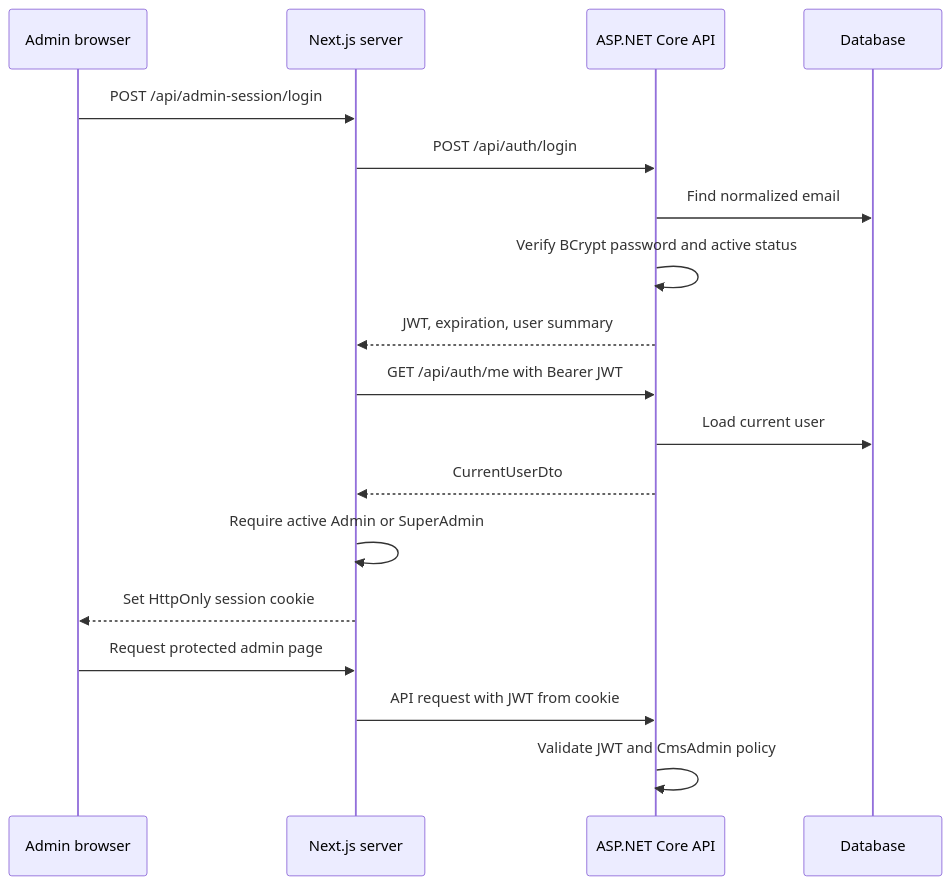
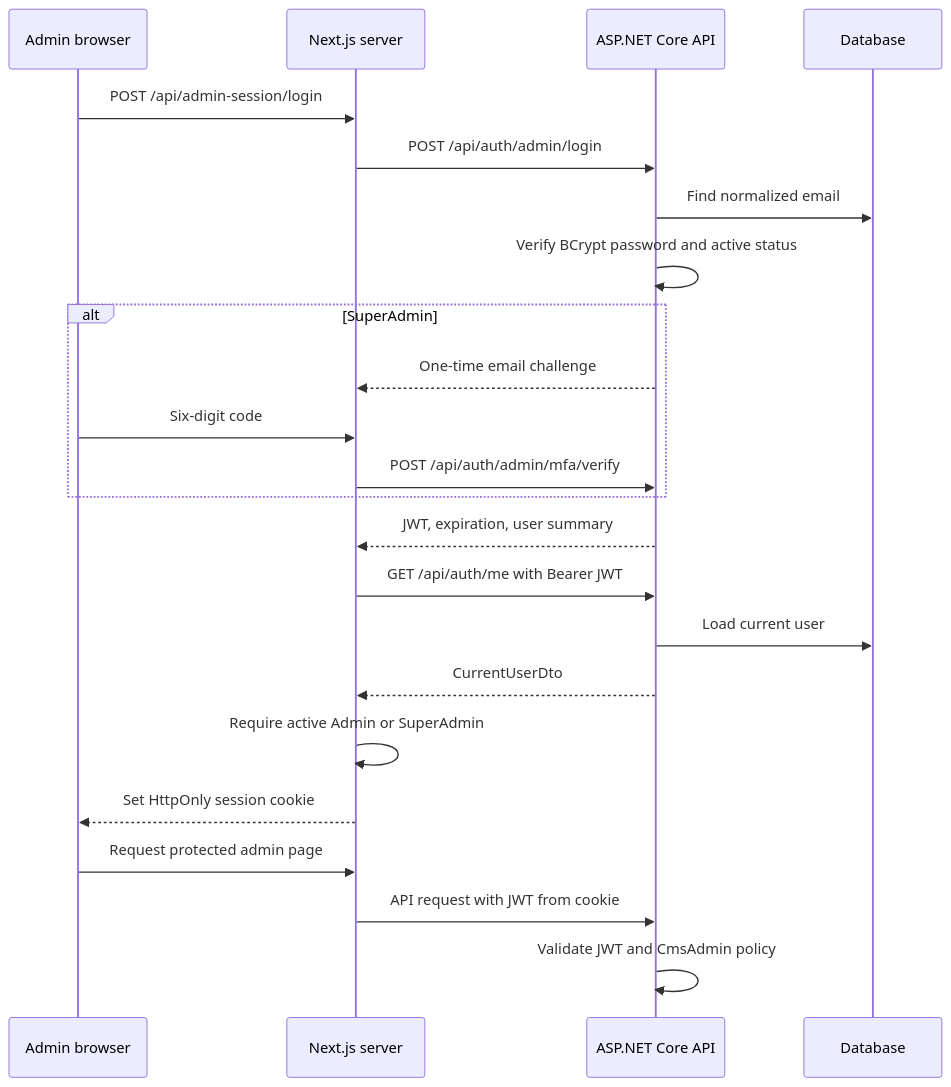
The diagram in docs/architecture/authentication-and-authorization.md (KeroneC/el1te-spr1nt-athlet1cs), drawn with Mermaid before and after one commit. The commit also changed other lines of this file and 118 other files, not shown here.

````diff
--- a/docs/architecture/authentication-and-authorization.md
+++ b/docs/architecture/authentication-and-authorization.md
@@ -7,20 +7,25 @@
 ```mermaid
 sequenceDiagram
     participant B as Admin browser
     participant N as Next.js server
     participant A as ASP.NET Core API
     participant D as Database
     B->>N: POST /api/admin-session/login
-    N->>A: POST /api/auth/login
+    N->>A: POST /api/auth/admin/login
     A->>D: Find normalized email
     A->>A: Verify BCrypt password and active status
+    alt SuperAdmin
+        A-->>N: One-time email challenge
+        B->>N: Six-digit code
+        N->>A: POST /api/auth/admin/mfa/verify
+    end
     A-->>N: JWT, expiration, user summary
     N->>A: GET /api/auth/me with Bearer JWT
     A->>D: Load current user
     A-->>N: CurrentUserDto
     N->>N: Require active Admin or SuperAdmin
     N-->>B: Set HttpOnly session cookie
     B->>N: Request protected admin page
     N->>A: API request with JWT from cookie
     A->>A: Validate JWT and CmsAdmin policy
 ```
````
